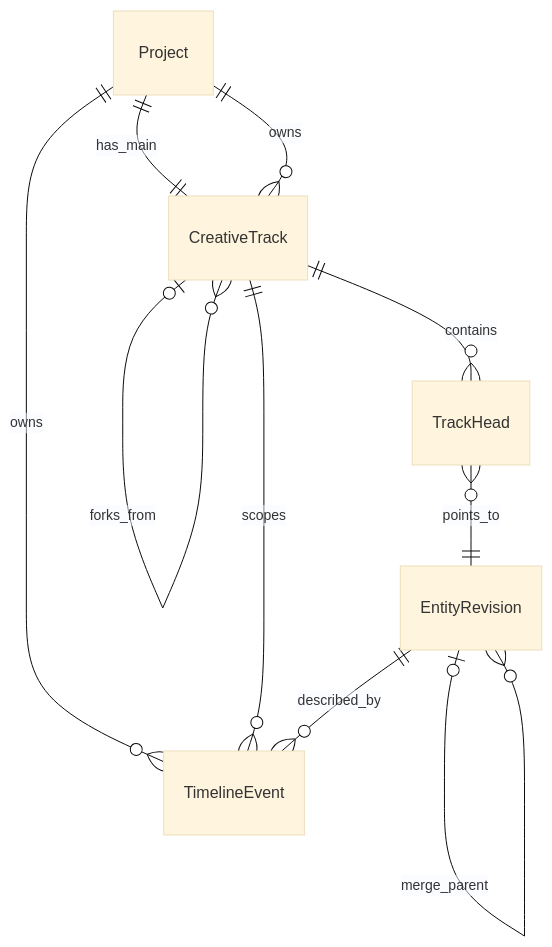
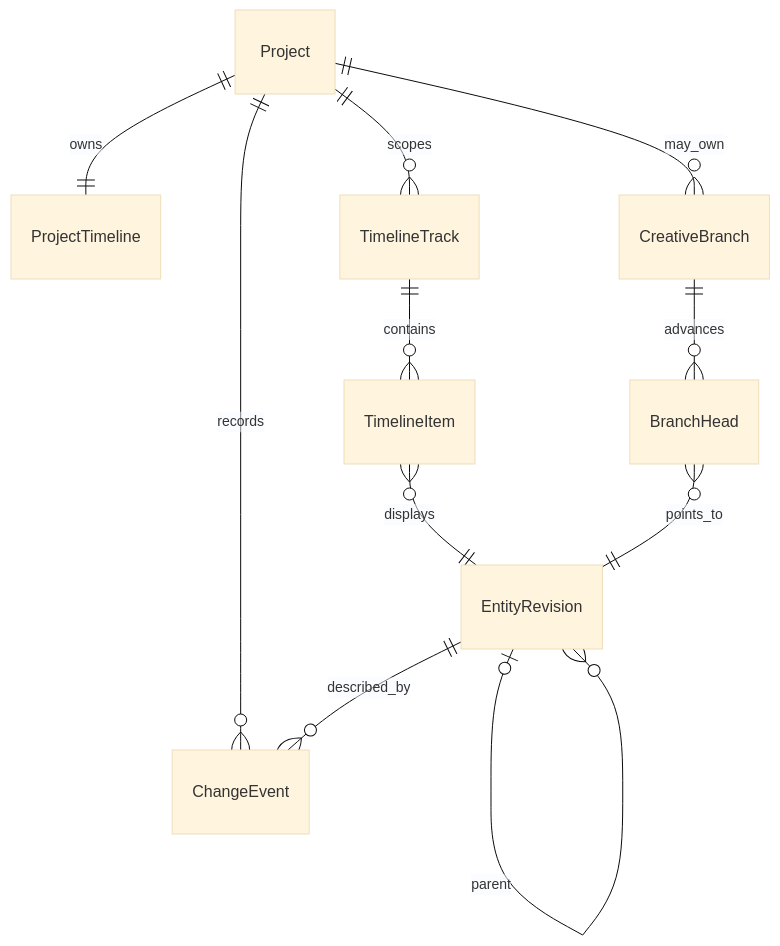
The second of 3 diagrams in docs/architecture/entity-state-timeline-track.md (qingyu-ak/Zivith), drawn with Mermaid (base theme) before and after one commit. The commit also changed other lines of this file and 22 other files, not shown here.

First line of the commit message:
feat(domain): freeze Track H H1 snapshot and ChangeEvent schemas

````diff
--- a/docs/architecture/entity-state-timeline-track.md
+++ b/docs/architecture/entity-state-timeline-track.md
@@ -170,13 +239,13 @@
 ```mermaid
 erDiagram
-  Project ||--|| CreativeTrack : has_main
-  Project ||--o{ CreativeTrack : owns
-  CreativeTrack o|--o{ CreativeTrack : forks_from
-  CreativeTrack ||--o{ TrackHead : contains
-  TrackHead }o--|| EntityRevision : points_to
+  Project ||--|| ProjectTimeline : owns
+  Project ||--o{ TimelineTrack : scopes
+  TimelineTrack ||--o{ TimelineItem : contains
+  TimelineItem }o--|| EntityRevision : displays
   EntityRevision o|--o{ EntityRevision : parent
-  EntityRevision o|--o{ EntityRevision : merge_parent
-  Project ||--o{ TimelineEvent : owns
-  CreativeTrack ||--o{ TimelineEvent : scopes
-  EntityRevision ||--o{ TimelineEvent : described_by
+  Project ||--o{ ChangeEvent : records
+  EntityRevision ||--o{ ChangeEvent : described_by
+  Project ||--o{ CreativeBranch : may_own
+  CreativeBranch ||--o{ BranchHead : advances
+  BranchHead }o--|| EntityRevision : points_to
 ```
````
